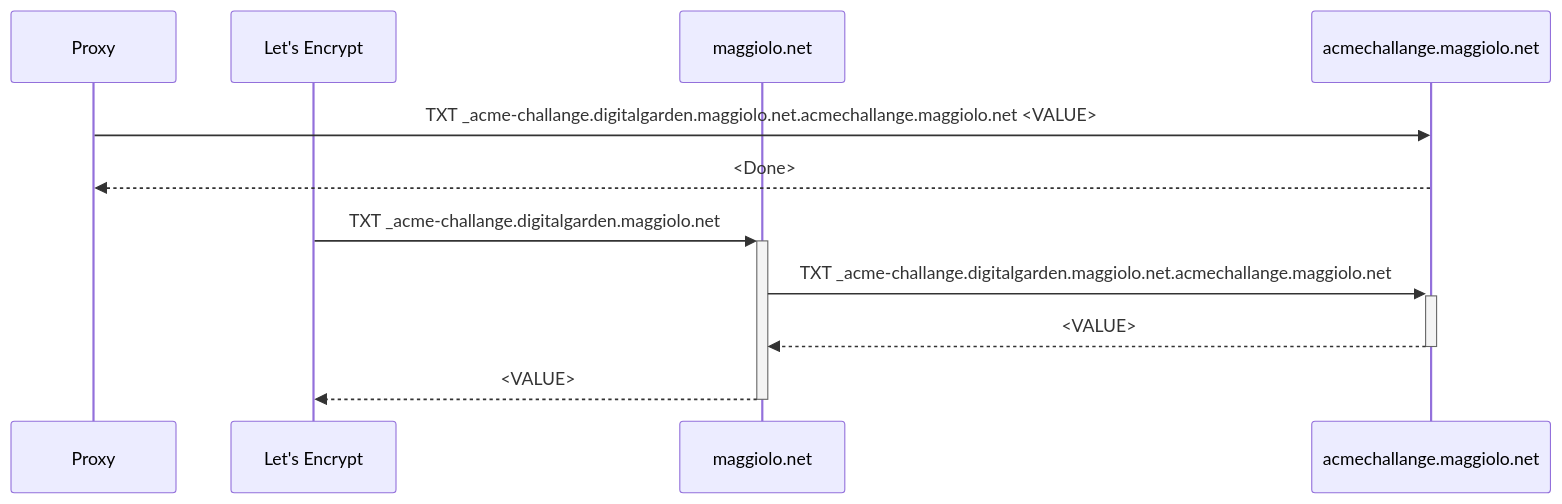
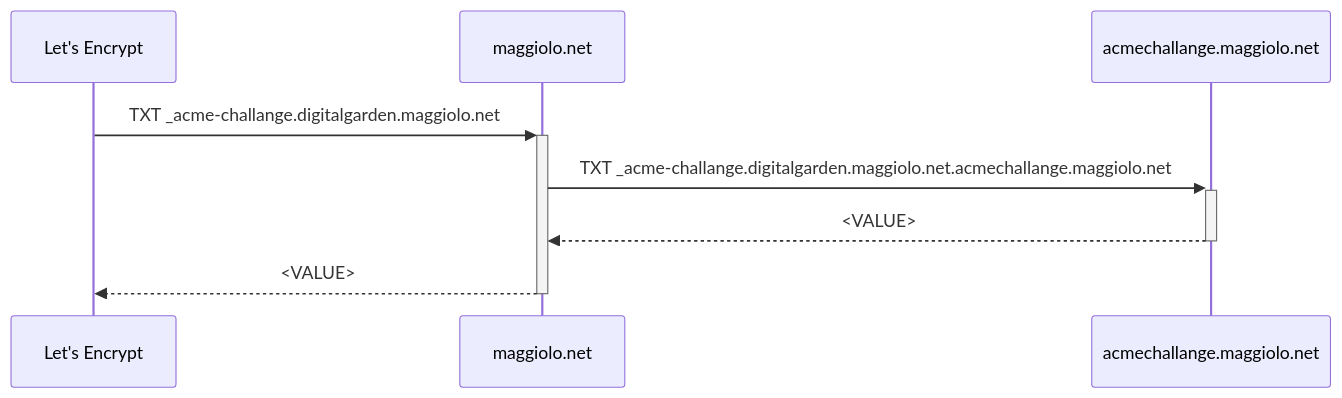
Before and after one commit to aramilialon/digitalgarden: the diagram in docs/Technologies/Azure/Azure_DNS/azure_and_certbot.md, drawn with Mermaid. The commit also changed other lines of this file, not shown here.

````diff
--- a/docs/Technologies/Azure/Azure_DNS/azure_and_certbot.md
+++ b/docs/Technologies/Azure/Azure_DNS/azure_and_certbot.md
@@ -29,14 +31,7 @@
 ``` mermaid
 sequenceDiagram
-    participant Proxy
-    participant Let's Encrypt
-    participant maggiolo.net
-    participant acmechallange.maggiolo.net
-    Proxy->>acmechallange.maggiolo.net: TXT _acme-challange.digitalgarden.maggiolo.net.acmechallange.maggiolo.net <VALUE>
-    acmechallange.maggiolo.net-->>Proxy: <Done>
-    #destroy Proxy
     Let's Encrypt->>+maggiolo.net:TXT _acme-challange.digitalgarden.maggiolo.net
     maggiolo.net->>+acmechallange.maggiolo.net:TXT _acme-challange.digitalgarden.maggiolo.net.acmechallange.maggiolo.net
     acmechallange.maggiolo.net-->>-maggiolo.net:<VALUE>
     maggiolo.net-->>-Let's Encrypt:<VALUE> 
 ```
````
